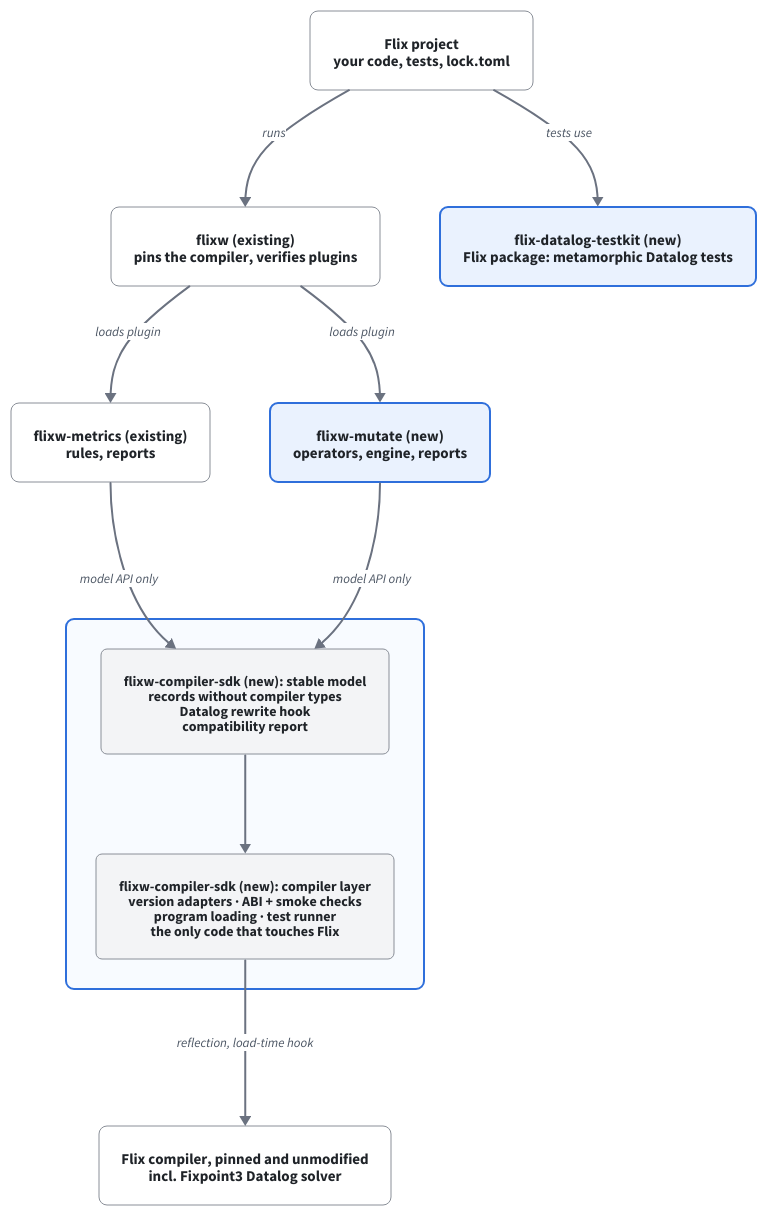
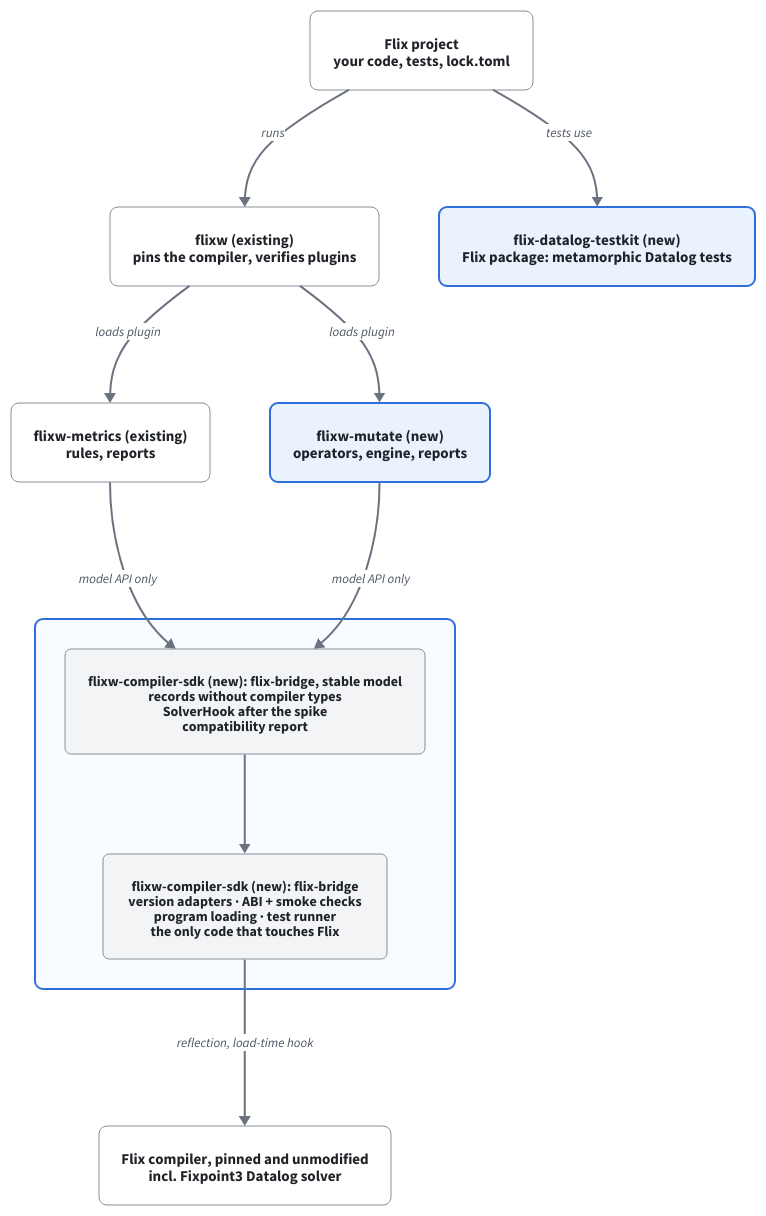
Before and after one commit to wstein/flixw-mutate: the diagram in docs/design/diagrams/architecture.d2, drawn with D2.

Commit message:
docs: rename the SDK layer in the architecture diagram source
The SVG is not re-rendered.

Refs #2

```diff
--- a/docs/design/diagrams/architecture.d2
+++ b/docs/design/diagrams/architecture.d2
@@ -1,70 +1,70 @@
 # Architecture: plugins reach the Flix compiler only through the shared SDK.
 # Rendered to ../figures/architecture.svg by scripts/docs.sh. Edit this file, not the SVG.
 # print-width: 580
 
 direction: down
 
 classes: {
   existing: {
     style: {
       fill: "#FFFFFF"
       stroke: "#8A8F98"
       stroke-width: 1
       border-radius: 8
       font-color: "#1F2328"
       font-size: 15
     }
   }
   new: {
     style: {
       fill: "#EAF2FE"
       stroke: "#2F6FDB"
       stroke-width: 2
       border-radius: 8
       font-color: "#1F2328"
       font-size: 15
     }
   }
   layer: {
     style: {
       fill: "#F3F4F6"
       stroke: "#8A8F98"
       stroke-width: 1
       border-radius: 6
       font-color: "#1F2328"
       font-size: 14
     }
   }
   flow: {
     style: {
       stroke: "#6B7280"
       stroke-width: 2
       font-color: "#4B5563"
       font-size: 13
     }
   }
 }
 
 project: "Flix project\nyour code, tests, lock.toml" {class: existing}
 flixw: "flixw (existing)\npins the compiler, verifies plugins" {class: existing}
 testkit: "flix-datalog-testkit (new)\nFlix package: metamorphic Datalog tests" {class: new}
 metrics: "flixw-metrics (existing)\nrules, reports" {class: existing}
 mutate: "flixw-mutate (new)\noperators, engine, reports" {class: new}
 
 sdk: "" {
   class: new
   style.fill: "#F8FBFF"
-  model: "flixw-compiler-sdk (new): stable model\nrecords without compiler types\nDatalog rewrite hook\ncompatibility report" {class: layer}
-  layer: "flixw-compiler-sdk (new): compiler layer\nversion adapters · ABI + smoke checks\nprogram loading · test runner\nthe only code that touches Flix" {class: layer}
+  model: "flixw-compiler-sdk (new): flix-bridge, stable model\nrecords without compiler types\nSolverHook after the spike\ncompatibility report" {class: layer}
+  layer: "flixw-compiler-sdk (new): flix-bridge\nversion adapters · ABI + smoke checks\nprogram loading · test runner\nthe only code that touches Flix" {class: layer}
   model -> layer: {class: flow}
 }
 
 compiler: "Flix compiler, pinned and unmodified\nincl. Fixpoint3 Datalog solver" {class: existing}
 
 project -> flixw: runs {class: flow}
 project -> testkit: tests use {class: flow}
 flixw -> metrics: loads plugin {class: flow}
 flixw -> mutate: loads plugin {class: flow}
 metrics -> sdk.model: model API only {class: flow}
 mutate -> sdk.model: model API only {class: flow}
 sdk.layer -> compiler: reflection, load-time hook {class: flow}
```
